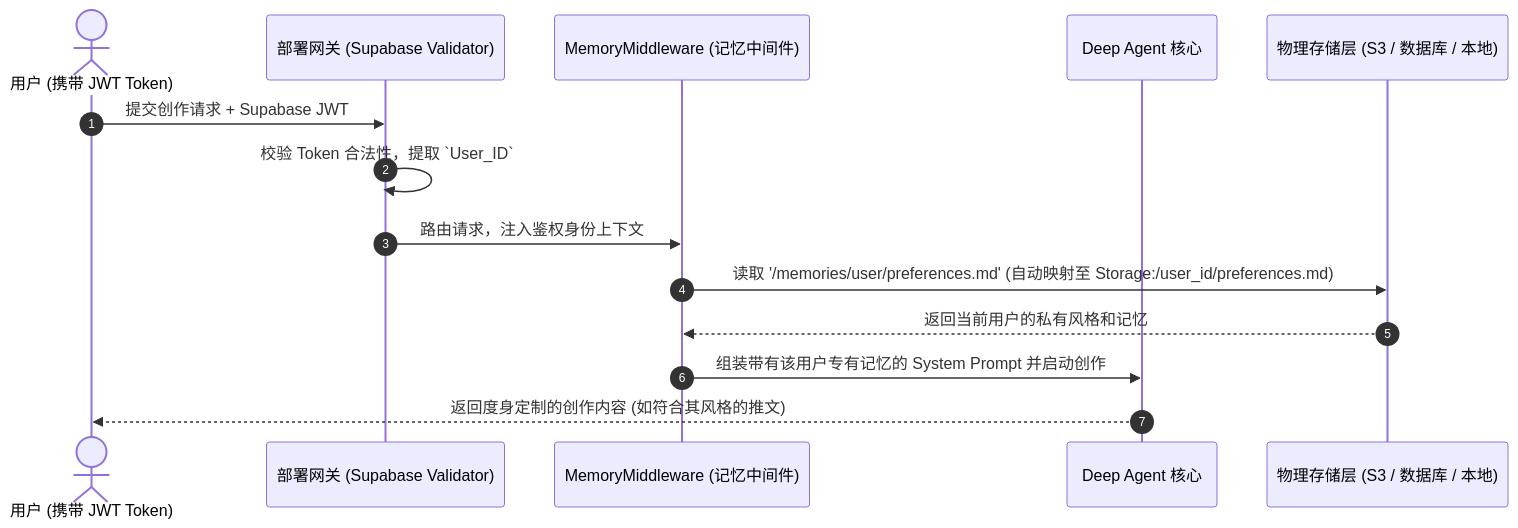
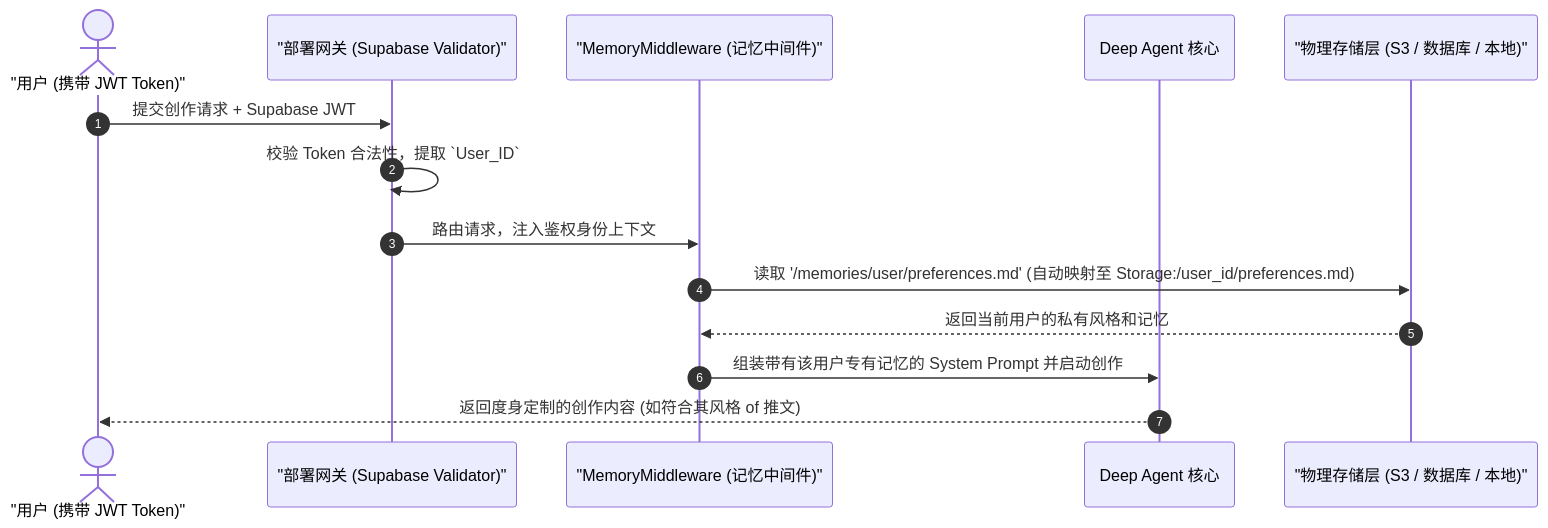
The diagram in doc/04_deploy_content_writer.md (Xisha2100/deepagents), drawn with Mermaid before and after one commit. The commit also changed 14 other files, not shown here.

Commit message:
docs(sdk): fix Mermaid syntax parser errors for VSCode extension compatibility

````diff
--- a/doc/04_deploy_content_writer.md
+++ b/doc/04_deploy_content_writer.md
@@ -19,17 +19,17 @@
 ```mermaid
 sequenceDiagram
     autonumber
-    actor User as 用户 (携带 JWT Token)
-    participant GW as 部署网关 (Supabase Validator)
-    participant Mem as MemoryMiddleware (记忆中间件)
+    actor User as "用户 (携带 JWT Token)"
+    participant GW as "部署网关 (Supabase Validator)"
+    participant Mem as "MemoryMiddleware (记忆中间件)"
     participant Core as Deep Agent 核心
-    participant Storage as 物理存储层 (S3 / 数据库 / 本地)
+    participant Storage as "物理存储层 (S3 / 数据库 / 本地)"
 
     User->>GW: 提交创作请求 + Supabase JWT
     GW->>GW: 校验 Token 合法性，提取 `User_ID`
     GW->>Mem: 路由请求，注入鉴权身份上下文
     Mem->>Storage: 读取 '/memories/user/preferences.md' (自动映射至 Storage:/user_id/preferences.md)
     Storage-->>Mem: 返回当前用户的私有风格和记忆
     Mem->>Core: 组装带有该用户专有记忆的 System Prompt 并启动创作
-    Core-->>User: 返回度身定制的创作内容 (如符合其风格的推文)
+    Core-->>User: 返回度身定制的创作内容 (如符合其风格 of 推文)
 ```
````
